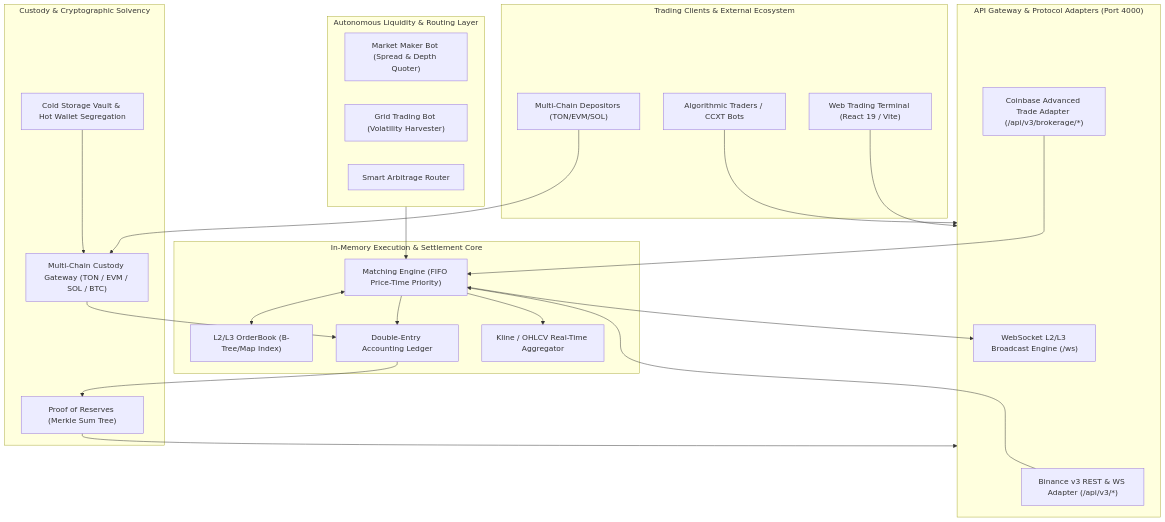
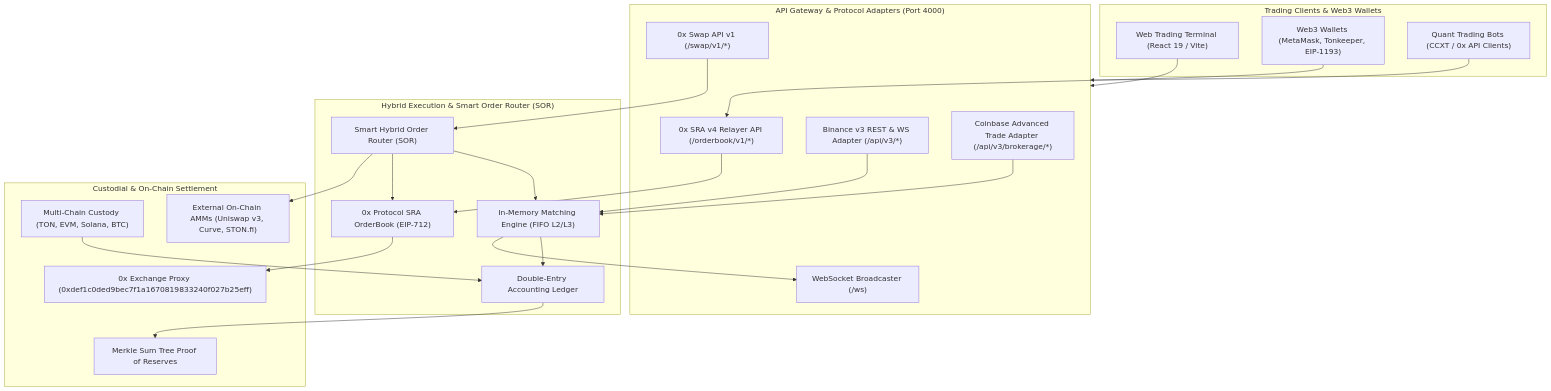
One commit to elon00/qmoosa-exchange changed the diagram in docs/BLUEPRINT.md. Above: the diagram before and after it, drawn with Mermaid. The commit also changed other lines of this file and 12 other files, not shown here.

Commit message:
feat: integrate 0x Protocol v4, EIP-712 order validator, SRA, Swap API & hybrid routing

````diff
--- a/docs/BLUEPRINT.md
+++ b/docs/BLUEPRINT.md
@@ -13,50 +15,49 @@
 ```mermaid
 flowchart TD
-    subgraph Clients["Trading Clients & External Ecosystem"]
-        WebUI["Web Trading Terminal (React 19 / Vite)"]
-        AlgoBots["Algorithmic Traders / CCXT Bots"]
-        CustodyUser["Multi-Chain Depositors (TON/EVM/SOL)"]
+    subgraph Clients["Trading Clients & Web3 Wallets"]
+        WebTerminal["Web Trading Terminal (React 19 / Vite)"]
+        Web3Wallets["Web3 Wallets (MetaMask, Tonkeeper, EIP-1193)"]
+        AlgoBots["Quant Trading Bots (CCXT / 0x API Clients)"]
     end
 
     subgraph APILayer["API Gateway & Protocol Adapters (Port 4000)"]
+        ZeroExSRA["0x SRA v4 Relayer API (/orderbook/v1/*)"]
+        ZeroExSwap["0x Swap API v1 (/swap/v1/*)"]
         BNAdapter["Binance v3 REST & WS Adapter (/api/v3/*)"]
         CBAdapter["Coinbase Advanced Trade Adapter (/api/v3/brokerage/*)"]
-        WSBroadcaster["WebSocket L2/L3 Broadcast Engine (/ws)"]
+        WSBroadcaster["WebSocket Broadcaster (/ws)"]
     end
 
-    subgraph CoreEngine["In-Memory Execution & Settlement Core"]
-        ME["Matching Engine (FIFO Price-Time Priority)"]
-        L3Book["L2/L3 OrderBook (B-Tree/Map Index)"]
+    subgraph HybridCore["Hybrid Execution & Smart Order Router (SOR)"]
+        SOR["Smart Hybrid Order Router (SOR)"]
+        ME["In-Memory Matching Engine (FIFO L2/L3)"]
+        ZeroExBook["0x Protocol SRA OrderBook (EIP-712)"]
         Ledger["Double-Entry Accounting Ledger"]
-        OHLCV["Kline / OHLCV Real-Time Aggregator"]
     end
 
-    subgraph Automation["Autonomous Liquidity & Routing Layer"]
-        MMBot["Market Maker Bot (Spread & Depth Quoter)"]
-        GridBot["Grid Trading Bot (Volatility Harvester)"]
-        ArbRouter["Smart Arbitrage Router"]
+    subgraph SettlementLayer["Custodial & On-Chain Settlement"]
+        ZeroExProxy["0x Exchange Proxy (0xdef1c0ded9bec7f1a1670819833240f027b25eff)"]
+        CustodyGateway["Multi-Chain Custody (TON, EVM, Solana, BTC)"]
+        PoR["Merkle Sum Tree Proof of Reserves"]
+        AMMs["External On-Chain AMMs (Uniswap v3, Curve, STON.fi)"]
     end
 
-    subgraph CustodyLayer["Custody & Cryptographic Solvency"]
-        Gateway["Multi-Chain Custody Gateway (TON / EVM / SOL / BTC)"]
-        PoR["Proof of Reserves (Merkle Sum Tree)"]
-        Vault["Cold Storage Vault & Hot Wallet Segregation"]
-    end
+    WebTerminal --> APILayer
+    Web3Wallets --> ZeroExSRA
+    AlgoBots --> APILayer
 
-    WebUI --> APILayer
-    AlgoBots --> APILayer
-    CustodyUser --> Gateway
-
+    ZeroExSRA --> ZeroExBook
+    ZeroExSwap --> SOR
     BNAdapter --> ME
     CBAdapter --> ME
-    ME <--> L3Book
+
+    SOR --> ME
+    SOR --> ZeroExBook
+    SOR --> AMMs
+
+    ZeroExBook --> ZeroExProxy
     ME --> Ledger
-    ME --> OHLCV
+    Ledger --> PoR
+    CustodyGateway --> Ledger
     ME --> WSBroadcaster
-
-    Automation --> ME
-    Gateway --> Ledger
-    Ledger --> PoR
-    Vault --> Gateway
-    PoR --> APILayer
 ```
````
